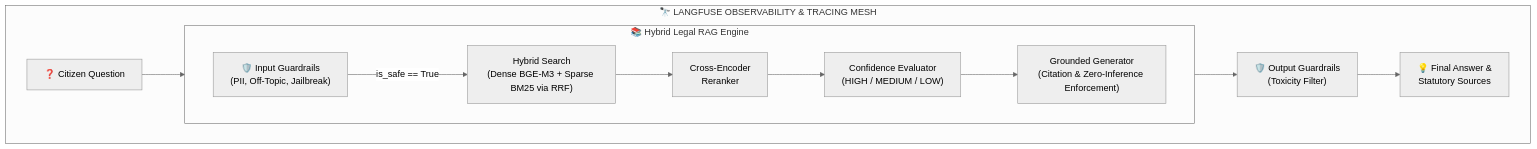
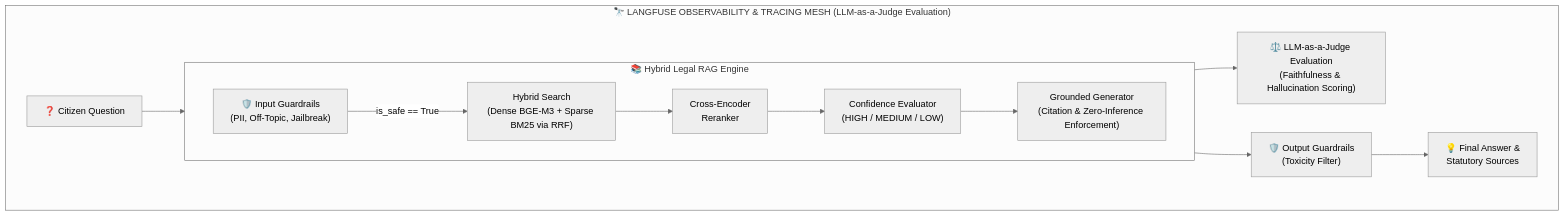
One commit to amitkarmakar07/NyayaVaani changed the second of 2 diagrams in README.md. Above: the diagram before and after it, drawn with Mermaid (neutral theme).

Commit message:
Docs: Add LLM-as-a-Judge Evaluation node to README.md RAG architecture diagram

````diff
--- a/README.md
+++ b/README.md
@@ -94,19 +94,20 @@
 ```mermaid
 graph LR
-    subgraph RAGObservabilityMesh ["🔭 LANGFUSE OBSERVABILITY & TRACING MESH"]
+    subgraph RAGObservabilityMesh ["🔭 LANGFUSE OBSERVABILITY & TRACING MESH (LLM-as-a-Judge Evaluation)"]
         direction LR
 
         RIN["❓ Citizen Question"] --> RIG["🛡️ Input Guardrails\n(PII, Off-Topic, Jailbreak)"]
 
         subgraph RAGEngine ["📚 Hybrid Legal RAG Engine"]
             direction LR
             RIG -- "is_safe == True" --> HS["Hybrid Search\n(Dense BGE-M3 + Sparse BM25 via RRF)"]
             HS --> CE["Cross-Encoder\nReranker"]
             CE --> CONF["Confidence Evaluator\n(HIGH / MEDIUM / LOW)"]
             CONF --> GEN["Grounded Generator\n(Citation & Zero-Inference Enforcement)"]
         end
 
+        GEN --> JUDGE["⚖️ LLM-as-a-Judge Evaluation\n(Faithfulness & Hallucination Scoring)"]
         GEN --> ROG["🛡️ Output Guardrails\n(Toxicity Filter)"]
         ROG --> ROUT["💡 Final Answer &\nStatutory Sources"]
     end
 ```
````
